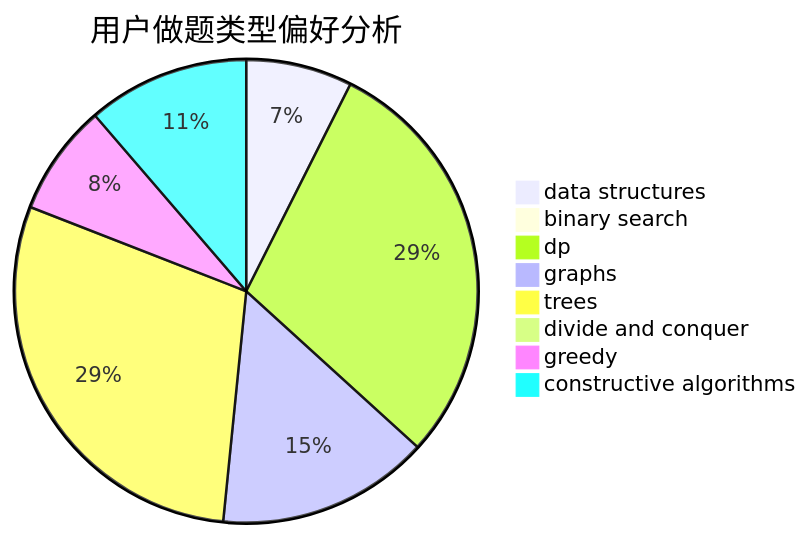
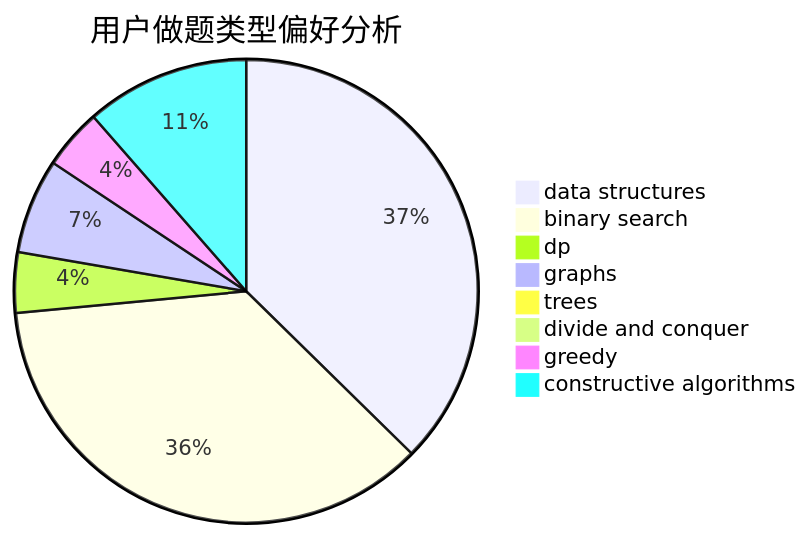
Before and after one commit to sherpahu/cfrs.github.io: the second of 3 diagrams in docs/user/u2393.md, drawn with Mermaid. The commit also changed other lines of this file and 2770 other files, not shown here.

````diff
--- a/docs/user/u2393.md
+++ b/docs/user/u2393.md
@@ -23,11 +23,11 @@
 ```mermaid
 pie title 用户做题类型偏好分析
-    "data structures" :  21
-    "binary search" :  0
-    "dp" :  83
-    "graphs" :  42
-    "trees" :  83
-    "divide and conquer" :  0
-    "greedy" :  22
-    "constructive algorithms" :  32
+    "data structures" :  124
+    "binary search" :  120
+    "dp" :  14
+    "graphs" :  22
+    "trees" :  0
+    "divide and conquer" :  1
+    "greedy" :  14
+    "constructive algorithms" :  38
 ```
````
